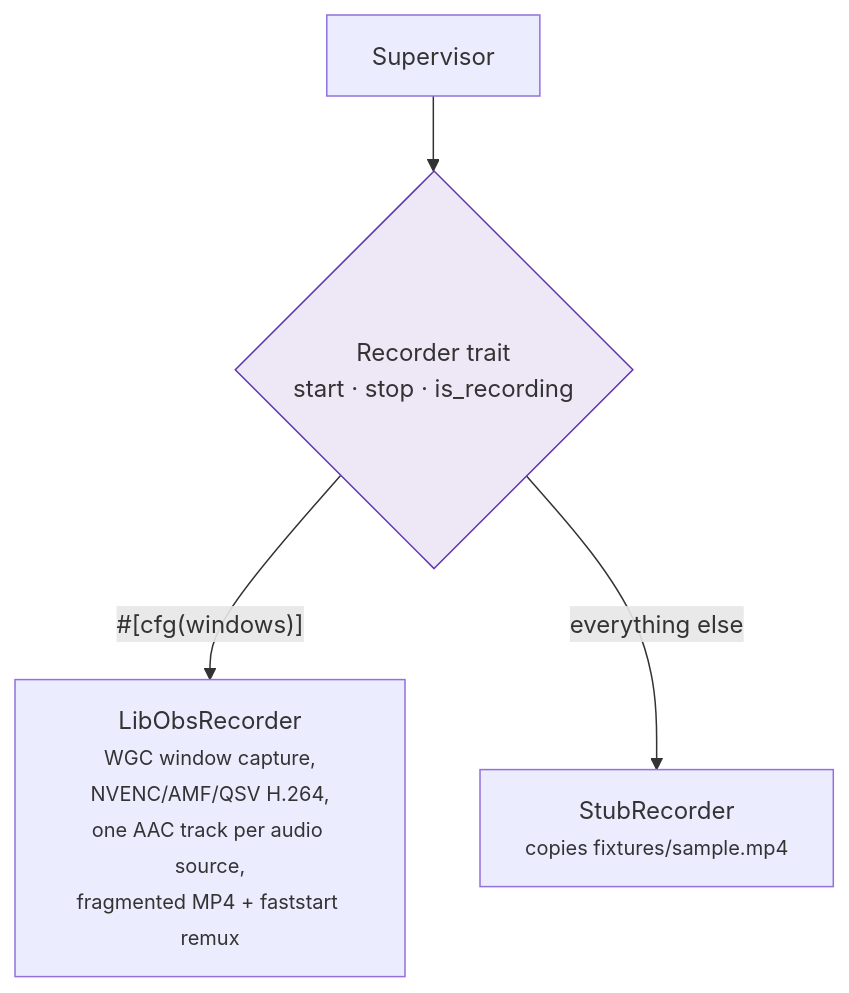
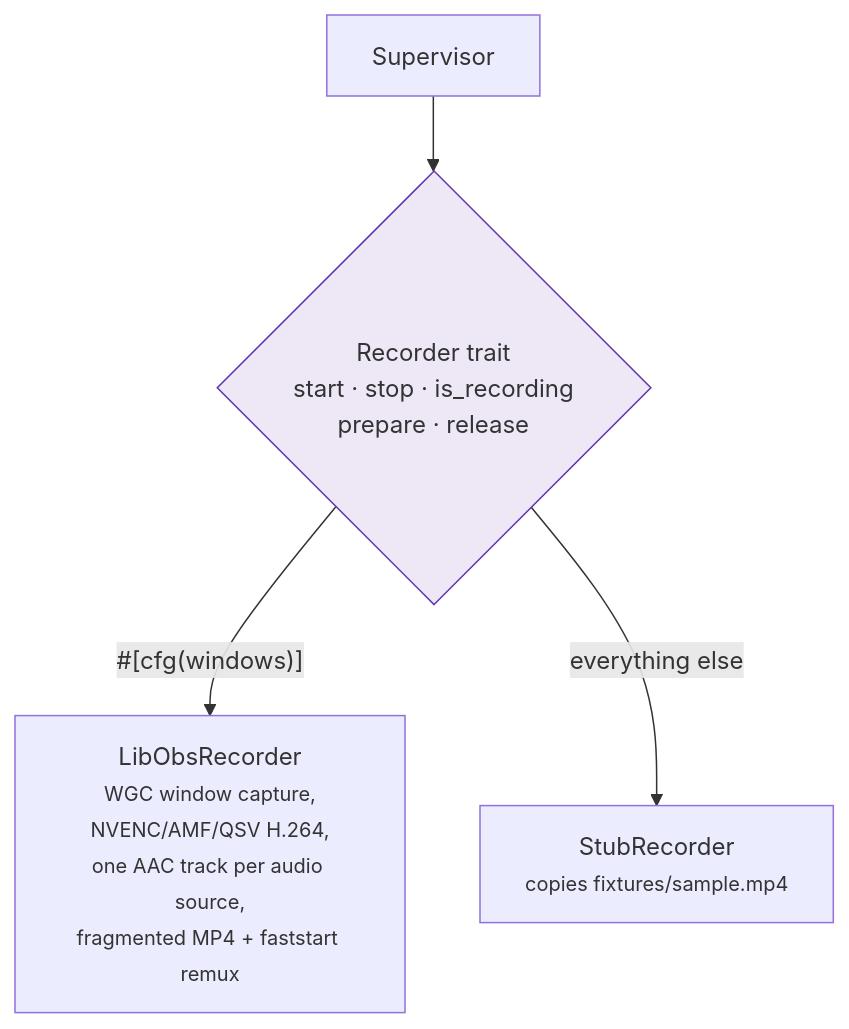
One commit to NinjaGoldfinch/ninja-recorder changed the third of 4 diagrams in docs/architecture.md. Above: the diagram before and after it, drawn with Mermaid. The commit also changed other lines of this file and 7 other files, not shown here.

````diff
--- a/docs/architecture.md
+++ b/docs/architecture.md
@@ -106,7 +106,7 @@
 ```mermaid
 flowchart TB
-    SUP["Supervisor"] --> T{"Recorder trait<br/>start · stop · is_recording"}
+    SUP["Supervisor"] --> T{"Recorder trait<br/>start · stop · is_recording<br/>prepare · release"}
     T -->|"#[cfg(windows)]"| L["LibObsRecorder<br/><small>WGC window capture,<br/>NVENC/AMF/QSV H.264,<br/>one AAC track per audio source,<br/>fragmented MP4 + faststart remux</small>"]
     T -->|"everything else"| S["StubRecorder<br/><small>copies fixtures/sample.mp4</small>"]
     style T fill:#ede7f6,stroke:#5e35b1
 ```
````
